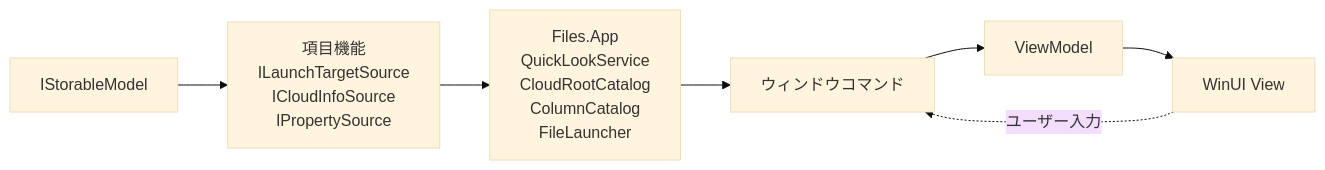
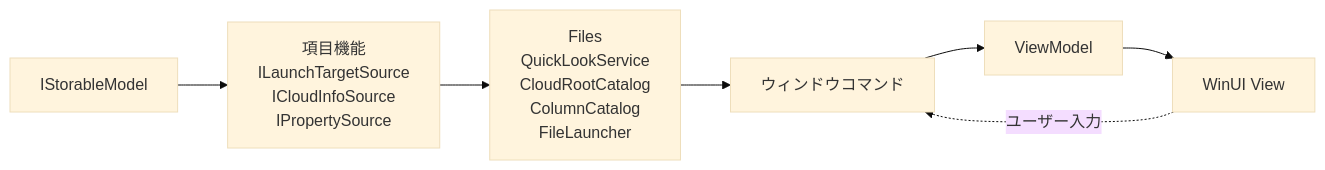
Before and after one commit to 0x5bfa/Files: the first of 4 diagrams in docs/architecture/files-app-features.md, drawn with Mermaid (base theme). The commit also changed other lines of this file and 21 other files, not shown here.

````diff
--- a/docs/architecture/files-app-features.md
+++ b/docs/architecture/files-app-features.md
@@ -20,16 +20,16 @@
 ```mermaid
 flowchart LR
     Item["IStorableModel"]
     ItemFeatures["項目機能\nILaunchTargetSource\nICloudInfoSource\nIPropertySource"]
-    AppServices["Files.App\nQuickLookService\nCloudRootCatalog\nColumnCatalog\nFileLauncher"]
+    AppServices["Files\nQuickLookService\nCloudRootCatalog\nColumnCatalog\nFileLauncher"]
     Commands["ウィンドウコマンド"]
     VM["ViewModel"]
     View["WinUI View"]
 
     Item --> ItemFeatures
     ItemFeatures --> AppServices
     AppServices --> Commands
     Commands --> VM
     VM --> View
     View -. ユーザー入力 .-> Commands
 ```
````
